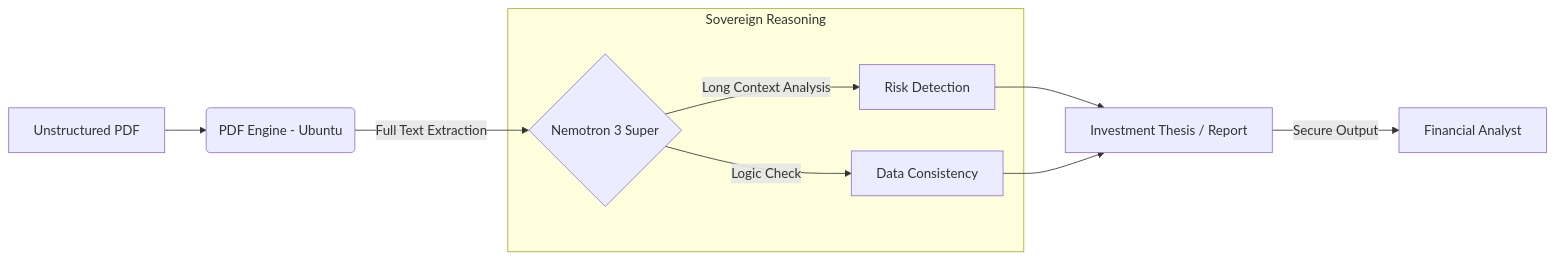
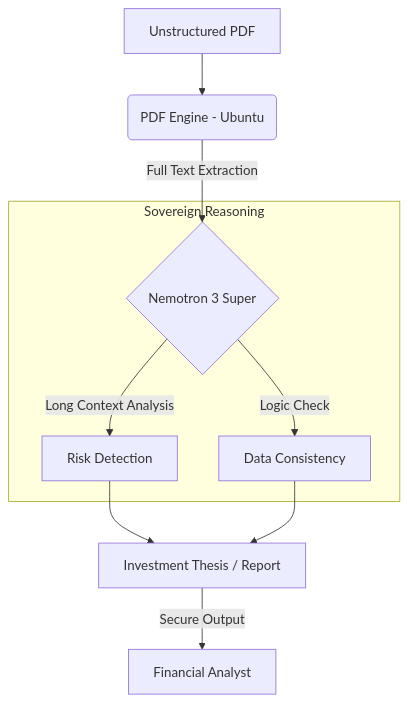
One commit to OscarTMa/sovereign-financial-analyst changed the diagram in README.md. Above: the diagram before and after it, drawn with Mermaid. The commit also changed other lines of this file, not shown here.

````diff
--- a/README.md
+++ b/README.md
@@ -19,13 +19,13 @@
 ```mermaid
-graph LR
+graph TD
     A[Unstructured PDF] --> B(PDF Engine - Ubuntu)
     B -->|Full Text Extraction| C{Nemotron 3 Super}
     
     subgraph "Sovereign Reasoning"
     C -->|Long Context Analysis| D[Risk Detection]
     C -->|Logic Check| E[Data Consistency]
     end
     
     D & E --> F[Investment Thesis / Report]
     F -->|Secure Output| G[Financial Analyst]
 ```
````
